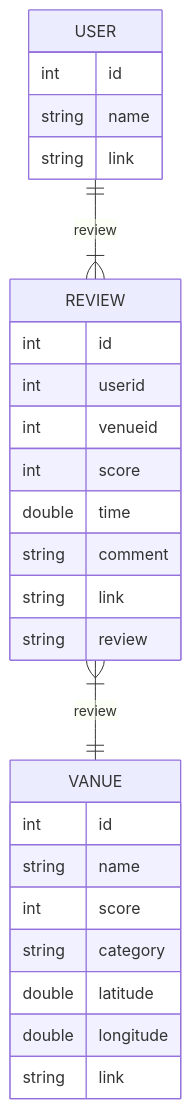
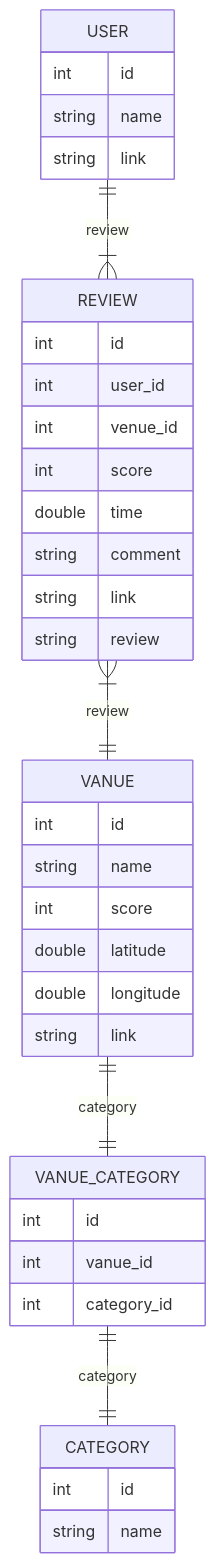
The diagram in README.md (tanapattara/rs-py), drawn with Mermaid before and after one commit. The commit also changed other lines of this file and 3 other files, not shown here.

````diff
--- a/README.md
+++ b/README.md
@@ -44,30 +45,40 @@
 ```mermaid
 erDiagram
    USER ||--|{ REVIEW : review
    USER {
         int id
         string name
         string link
     }
     REVIEW }|--|| VANUE : review
     REVIEW {
         int id
-        int userid
-        int venueid
+        int user_id
+        int venue_id
         int score
         double time
         string comment
         string link
         string review
     }
+    VANUE ||--|| VANUE_CATEGORY : category
      VANUE {
         int id
         string name
         int score
-        string category
         double latitude
         double longitude
         string link
     }
+    VANUE_CATEGORY ||--|| CATEGORY : category
+    VANUE_CATEGORY{
+      int id
+      int vanue_id
+      int category_id
+    }
+    CATEGORY{
+      int id
+      string name
+    }
 
 ```
````
